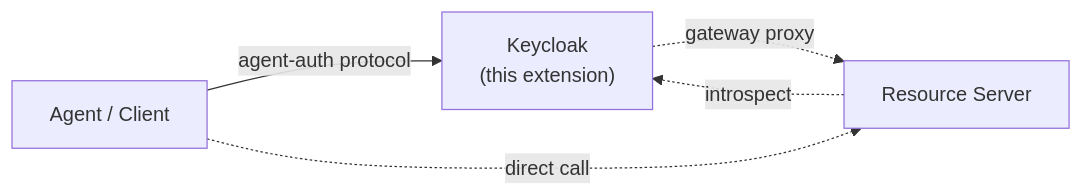
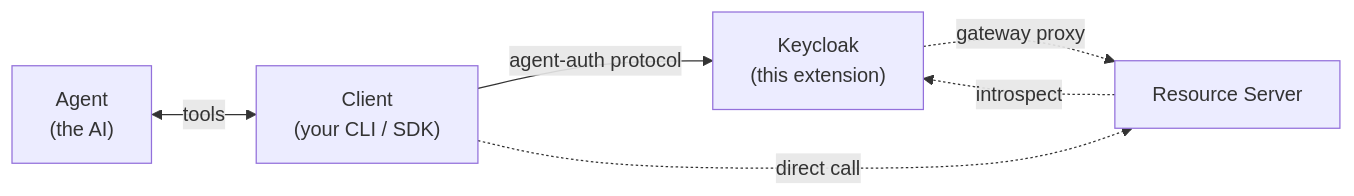
Before and after one commit to chenhunghan/keycloak-agent-auth: the first of 2 diagrams in README.md, drawn with Mermaid. The commit also changed other lines of this file, not shown here.

Commit message:
docs: split Agent and Client in README hybrid-model diagram
The combined "Agent / Client" box invited mapping both names to the
same product (e.g. "Claude Code CLI = Agent"), which inverts the
spec's subordination. Per AAP §1.5 / §2.1:

- Client = the process holding the host keypair and speaking the
  protocol (the CLI binary, SDK, or worker).
- Agent = the AI reasoning loop hosted inside the Client; it never
  talks to the auth server directly.

Split into two nodes with a `tools` edge between them (mirrors the
structure of the spec-architecture diagram in docs/architecture.md).
Added one prose line naming concrete examples (Claude Code CLI = the
Client; the Claude model inside it = the Agent) so future readers
don't repeat the same mapping mistake.

````diff
--- a/README.md
+++ b/README.md
@@ -13,11 +13,13 @@
 ```mermaid
 flowchart LR
-    A["Agent / Client"]
+    Agent["Agent<br/>(the AI)"]
+    Client["Client<br/>(your CLI / SDK)"]
     KC["Keycloak<br/>(this extension)"]
     RS["Resource Server"]
 
-    A -->|agent-auth protocol| KC
+    Agent <-->|tools| Client
+    Client -->|agent-auth protocol| KC
     KC -.->|gateway proxy| RS
-    A -.->|direct call| RS
+    Client -.->|direct call| RS
     RS -.->|introspect| KC
 ```
````
